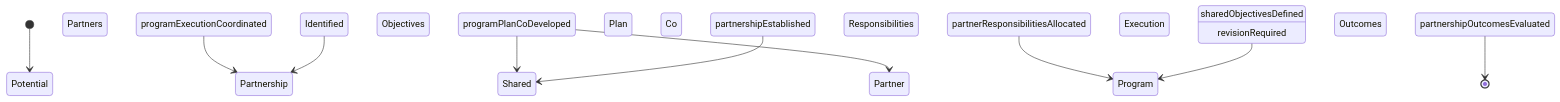
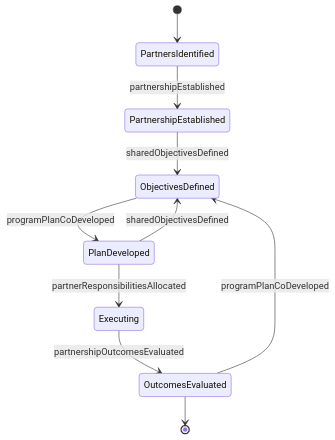
The second of 4 diagrams in CommunicatingWithSupervisorsPeersOrSubordinates/CoordinateActivitiesWithClientsAgenciesOrOrganizations/CollaborateOutsideGroupsDevelopPrograms.mdx (dot-org-ai/tasks.org.ai), drawn with Mermaid before and after one commit. The commit also changed other lines of this file and 515 other files, not shown here.

````diff
--- a/CommunicatingWithSupervisorsPeersOrSubordinates/CoordinateActivitiesWithClientsAgenciesOrOrganizations/CollaborateOutsideGroupsDevelopPrograms.mdx
+++ b/CommunicatingWithSupervisorsPeersOrSubordinates/CoordinateActivitiesWithClientsAgenciesOrOrganizations/CollaborateOutsideGroupsDevelopPrograms.mdx
@@ -100,12 +100,12 @@
 ```mermaid
 stateDiagram-v2
-    [*] --> Potential Partners Identified
-    Potential Partners Identified --> Partnership Established : partnershipEstablished
-    Partnership Established --> Shared Objectives Defined : sharedObjectivesDefined
-    Shared Objectives Defined --> Program Plan Co Developed : programPlanCoDeveloped
-    Program Plan Co Developed --> Partner Responsibilities Allocated : partnerResponsibilitiesAllocated
-    Partner Responsibilities Allocated --> Program Execution Coordinated : programExecutionCoordinated
-    Program Execution Coordinated --> Partnership Outcomes Evaluated : partnershipOutcomesEvaluated
-    Program Plan Co Developed --> Shared Objectives Defined : revisionRequired
-    Partnership Outcomes Evaluated --> [*]
+    [*] --> PartnersIdentified
+    PartnersIdentified --> PartnershipEstablished : partnershipEstablished
+    PartnershipEstablished --> ObjectivesDefined : sharedObjectivesDefined
+    ObjectivesDefined --> PlanDeveloped : programPlanCoDeveloped
+    PlanDeveloped --> Executing : partnerResponsibilitiesAllocated
+    Executing --> OutcomesEvaluated : partnershipOutcomesEvaluated
+    PlanDeveloped --> ObjectivesDefined : sharedObjectivesDefined
+    OutcomesEvaluated --> ObjectivesDefined : programPlanCoDeveloped
+    OutcomesEvaluated --> [*]
 ```
````
